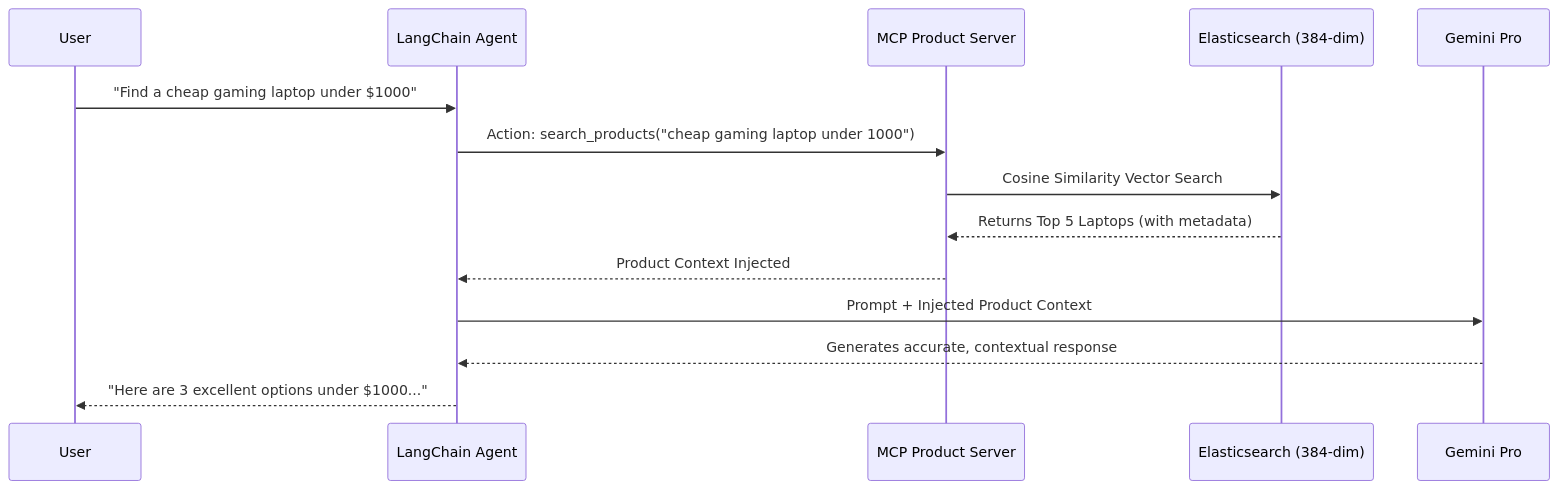
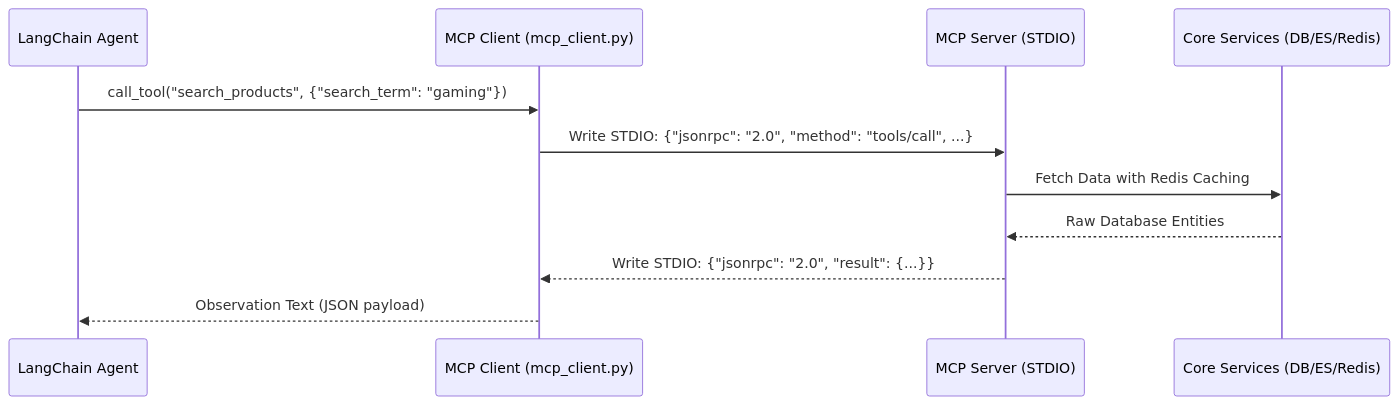
One commit to chuong1210/VShop changed the sixth of 10 diagrams in README.md. Above: the diagram before and after it, drawn with Mermaid. The commit also changed other lines of this file, not shown here.

Commit message:
docs: update README documentation to detail new Kafka, Redis, RAG agentic architecture, and dual-vector Elasticsearch implementation.

````diff
--- a/README.md
+++ b/README.md
@@ -169,17 +226,14 @@
 ```mermaid
 sequenceDiagram
-    participant User
     participant Agent as LangChain Agent
-    participant MCP as MCP Product Server
-    participant ES as Elasticsearch (384-dim)
-    participant LLM as Gemini Pro
-    
-    User->>Agent: "Find a cheap gaming laptop under $1000"
-    Agent->>MCP: Action: search_products("cheap gaming laptop under 1000")
-    MCP->>ES: Cosine Similarity Vector Search
-    ES-->>MCP: Returns Top 5 Laptops (with metadata)
-    MCP-->>Agent: Product Context Injected
-    Agent->>LLM: Prompt + Injected Product Context
-    LLM-->>Agent: Generates accurate, contextual response
-    Agent-->>User: "Here are 3 excellent options under $1000..."
+    participant MCP as MCP Client (mcp_client.py)
+    participant Server as MCP Server (STDIO)
+    participant Core as Core Services (DB/ES/Redis)
+
+    Agent->>MCP: call_tool("search_products", {"search_term": "gaming"})
+    MCP->>Server: Write STDIO: {"jsonrpc": "2.0", "method": "tools/call", ...}
+    Server->>Core: Fetch Data with Redis Caching
+    Core-->>Server: Raw Database Entities
+    Server-->>MCP: Write STDIO: {"jsonrpc": "2.0", "result": {...}}
+    MCP-->>Agent: Observation Text (JSON payload)
 ```
````
